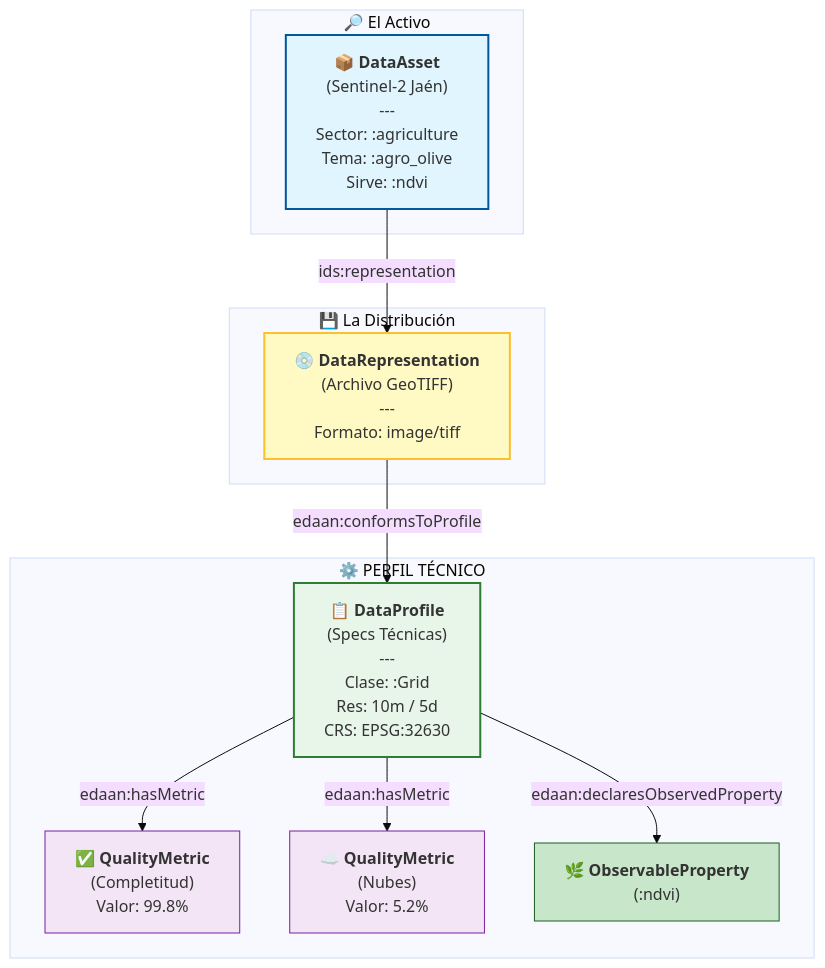
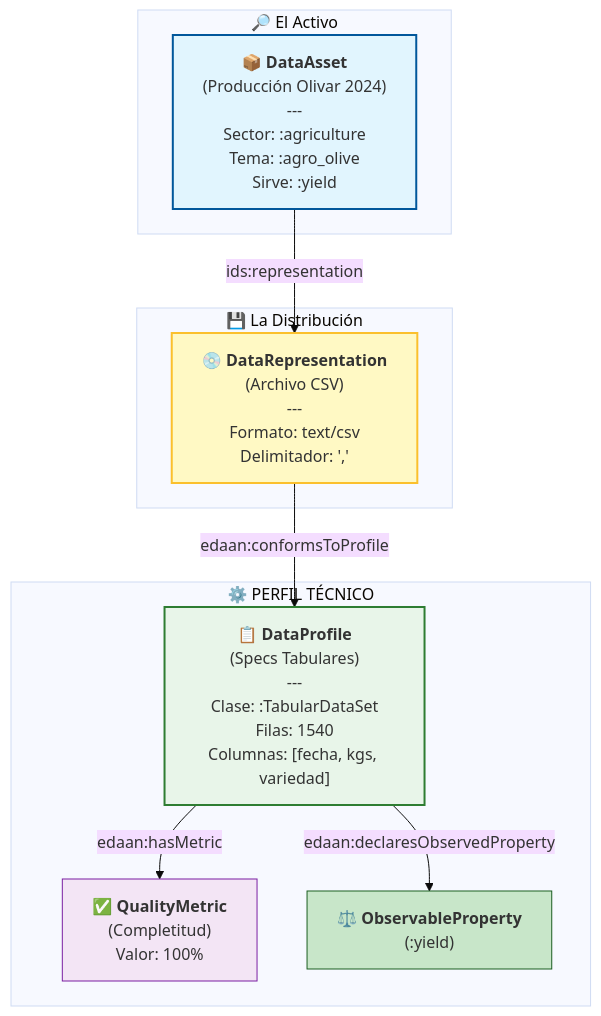
One commit to KhaosResearch/EDAAnOWL changed the diagram in INTEGRATION_DEMO.md. Above: the diagram before and after it, drawn with Mermaid (base theme). The commit also changed other lines of this file, not shown here.

Commit message:
Refactor integration demo to use simplified CSV/Tabular example

````diff
--- a/INTEGRATION_DEMO.md
+++ b/INTEGRATION_DEMO.md
@@ -21,34 +21,31 @@
 ```mermaid
 graph TD
     %% Subgraphs
     subgraph "🔎 El Activo"
-        Asset["📦 <b>DataAsset</b><br/>(Sentinel-2 Jaén)<br/>---<br/>Sector: :agriculture<br/>Tema: :agro_olive<br/>Sirve: :ndvi"]
+        Asset["📦 <b>DataAsset</b><br/>(Producción Olivar 2024)<br/>---<br/>Sector: :agriculture<br/>Tema: :agro_olive<br/>Sirve: :yield"]
     end
 
     subgraph "💾 La Distribución"
-        Dist["💿 <b>DataRepresentation</b><br/>(Archivo GeoTIFF)<br/>---<br/>Formato: image/tiff"]
+        Dist["💿 <b>DataRepresentation</b><br/>(Archivo CSV)<br/>---<br/>Formato: text/csv<br/>Delimitador: ','"]
     end
 
     subgraph "⚙️ PERFIL TÉCNICO"
-        Profile["📋 <b>DataProfile</b><br/>(Specs Técnicas)<br/>---<br/>Clase: :Grid<br/>Res: 10m / 5d<br/>CRS: EPSG:32630"]
+        Profile["📋 <b>DataProfile</b><br/>(Specs Tabulares)<br/>---<br/>Clase: :TabularDataSet<br/>Filas: 1540<br/>Columnas: [fecha, kgs, variedad]"]
         
-        Metric1["✅ <b>QualityMetric</b><br/>(Completitud)<br/>Valor: 99.8%"]
-        Metric2["☁️ <b>QualityMetric</b><br/>(Nubes)<br/>Valor: 5.2%"]
-        ObsProp["🌿 <b>ObservableProperty</b><br/>(:ndvi)"]
+        Metric1["✅ <b>QualityMetric</b><br/>(Completitud)<br/>Valor: 100%"]
+        ObsProp["⚖️ <b>ObservableProperty</b><br/>(:yield)"]
     end
 
     %% Relationships
     Asset -->|"ids:representation"| Dist
     Dist -->|"edaan:conformsToProfile"| Profile
     Profile -->|"edaan:hasMetric"| Metric1
-    Profile -->|"edaan:hasMetric"| Metric2
     Profile -->|"edaan:declaresObservedProperty"| ObsProp
 
     %% Styling
     style Asset fill:#e1f5fe,stroke:#01579b,stroke-width:2px
     style Dist fill:#fff9c4,stroke:#fbc02d,stroke-width:2px
     style Profile fill:#e8f5e9,stroke:#2e7d32,stroke-width:2px
     style Metric1 fill:#f3e5f5,stroke:#7b1fa2,stroke-width:1px
-    style Metric2 fill:#f3e5f5,stroke:#7b1fa2,stroke-width:1px
     style ObsProp fill:#c8e6c9,stroke:#1b5e20,stroke-width:1px
 ```
````
